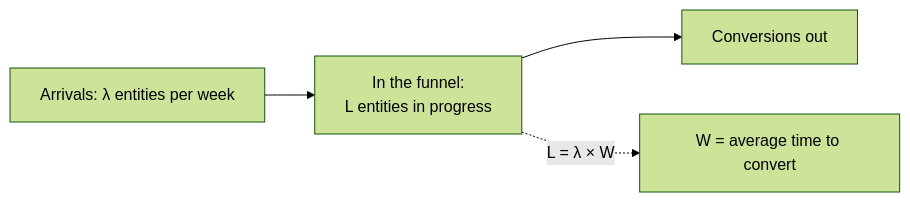
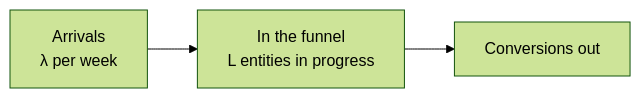
The first of 4 diagrams in docs/metrics/time-to-convert.md (h3qing/open-analytics-framework), drawn with Mermaid (forest theme) before and after one commit. The commit also changed other lines of this file, not shown here.

````diff
--- a/docs/metrics/time-to-convert.md
+++ b/docs/metrics/time-to-convert.md
@@ -56,6 +56,4 @@
 ```mermaid
 flowchart LR
-    A["Arrivals: λ entities per week"] --> F["In the funnel:<br/>L entities in progress"]
-    F --> C["Conversions out"]
-    F -.->|"L = λ × W"| W["W = average time to convert"]
+    A["Arrivals<br/>λ per week"] --> F["In the funnel<br/>L entities in progress"] --> C["Conversions out"]
 ```
````
